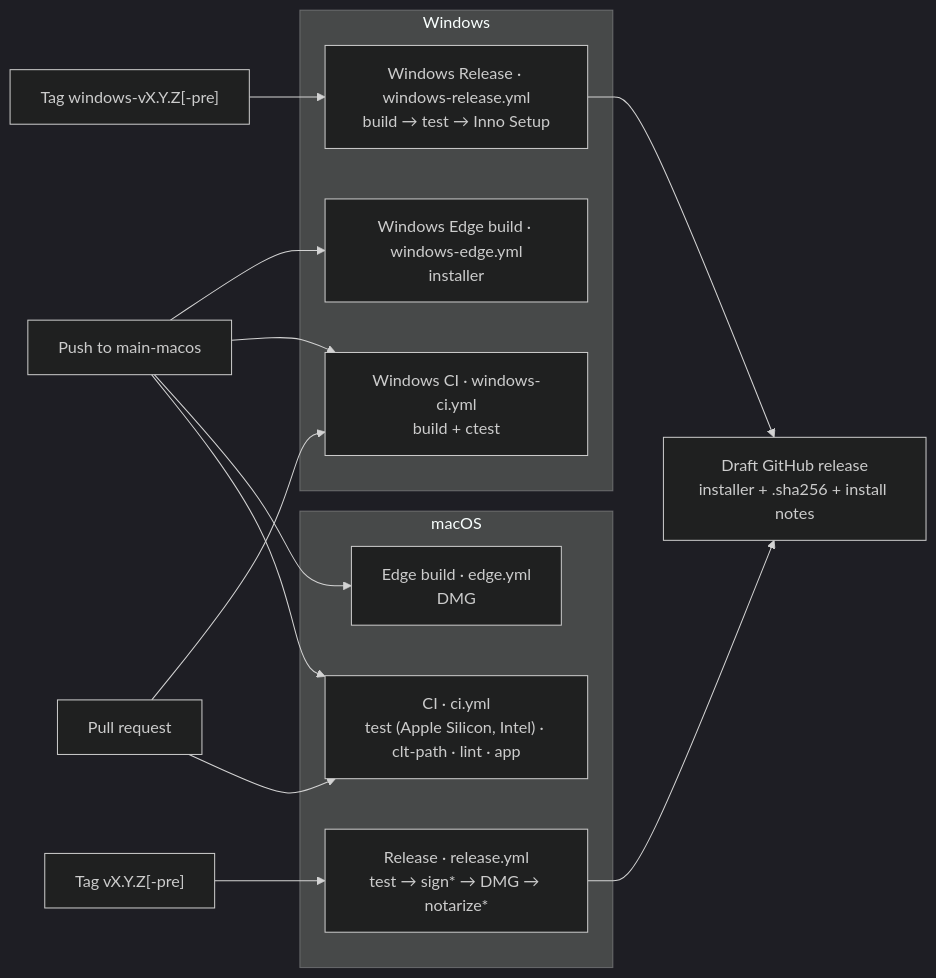
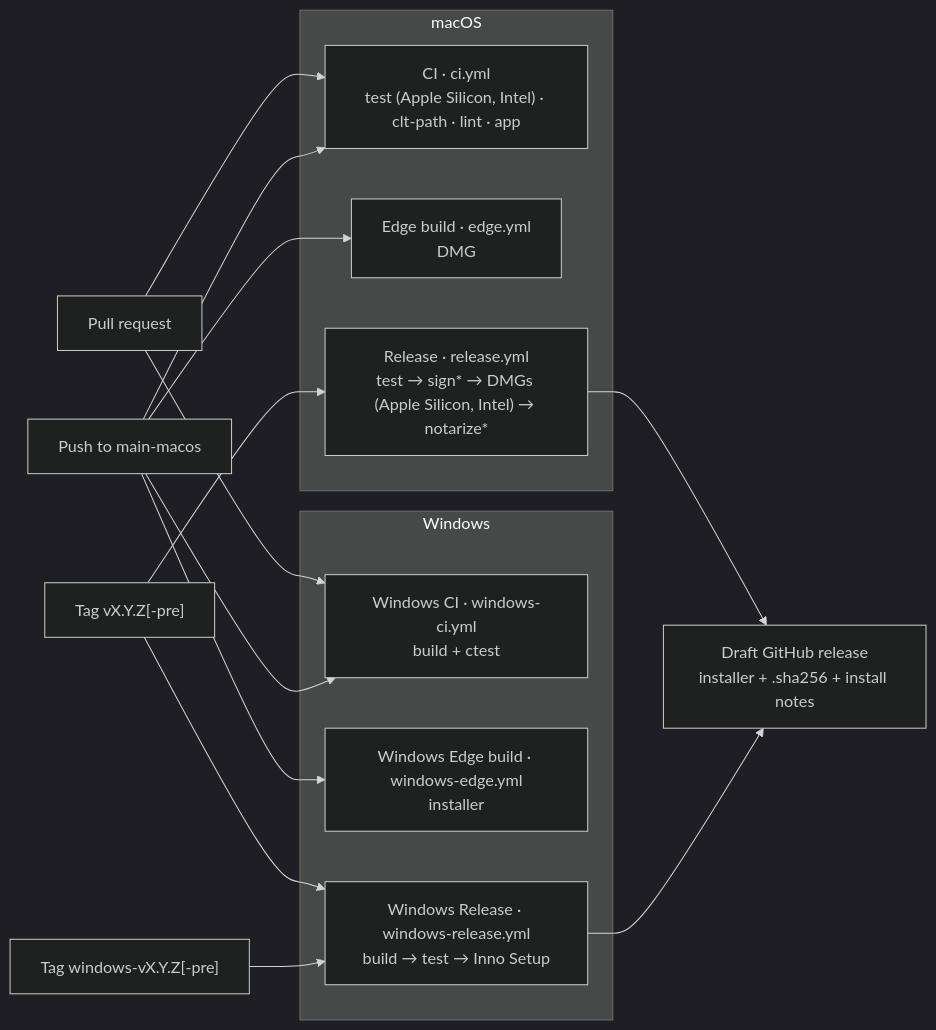
Before and after one commit to l1203012/Whiteprint: the fourth of 4 diagrams in README.md, drawn with Mermaid (dark theme). The commit also changed other lines of this file and 4 other files, not shown here.

First line of the commit message:
Release Apple Silicon and Intel DMGs alongside the Windows installer

````diff
--- a/README.md
+++ b/README.md
@@ -697,22 +701,22 @@
 ```mermaid
 flowchart LR
     PR["Pull request"] --> CI & WCI
     Push["Push to main-macos"] --> CI & Edge & WCI & WEdge
-    Tag["Tag vX.Y.Z[-pre]"] --> Release
+    Tag["Tag vX.Y.Z[-pre]"] --> Release & WRelease
     WTag["Tag windows-vX.Y.Z[-pre]"] --> WRelease
 
     subgraph Mac["macOS"]
         CI["CI · ci.yml<br>test (Apple Silicon, Intel) · clt-path · lint · app"]
         Edge["Edge build · edge.yml<br>DMG"]
-        Release["Release · release.yml<br>test → sign* → DMG → notarize*"]
+        Release["Release · release.yml<br>test → sign* → DMGs (Apple Silicon, Intel) → notarize*"]
     end
 
     subgraph Win["Windows"]
         WCI["Windows CI · windows-ci.yml<br>build + ctest"]
         WEdge["Windows Edge build · windows-edge.yml<br>installer"]
         WRelease["Windows Release · windows-release.yml<br>build → test → Inno Setup"]
     end
 
     Release --> Draft["Draft GitHub release<br>installer + .sha256 + install notes"]
     WRelease --> Draft
 ```
````
